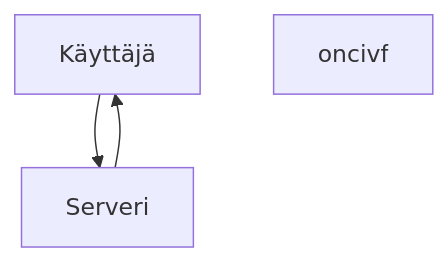
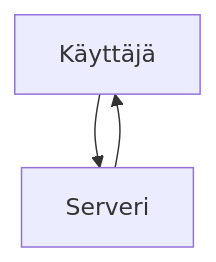
One commit to Robsoni99/Ohjelmointi-2-vuosi changed the diagram in README.md. Above: the diagram before and after it, drawn with Mermaid. The commit also changed other lines of this file, not shown here.

````diff
--- a/README.md
+++ b/README.md
@@ -3,6 +3,6 @@
 ```mermaid
 graph TD;
     Käyttäjä-->Serveri;
-    oncivf
+
     Serveri-->Käyttäjä
 ```
````
